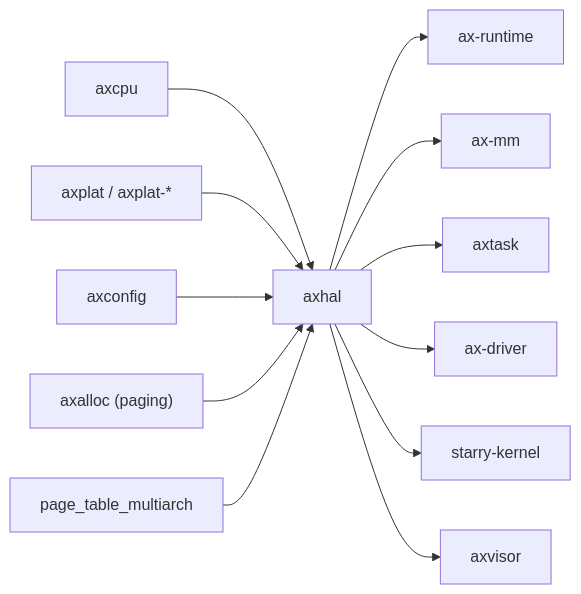
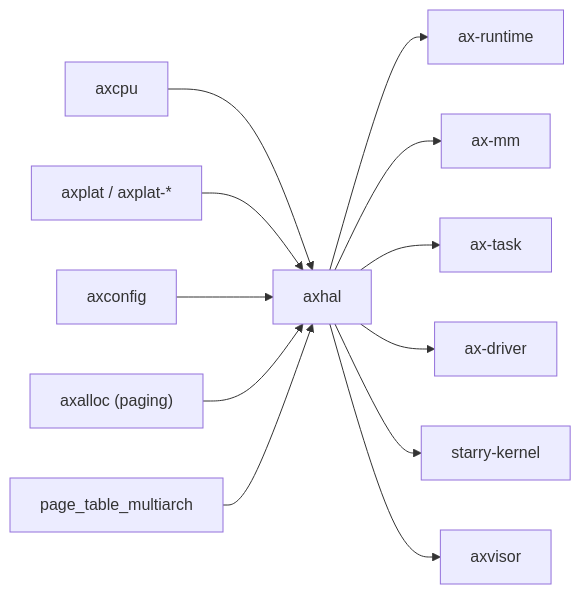
Before and after one commit to zKurisu/tgoskits: the second of 2 diagrams in docs/crates/axhal.md, drawn with Mermaid. The commit also changed other lines of this file and 133 other files, not shown here.

Commit message:
rename axtask to ax-task

````diff
--- a/docs/crates/axhal.md
+++ b/docs/crates/axhal.md
@@ -116,15 +116,15 @@
 ```mermaid
 graph LR
     axcpu["axcpu"] --> axhal["axhal"]
     axplat["axplat / axplat-*"] --> axhal
     axconfig["axconfig"] --> axhal
     axalloc["axalloc (paging)"] --> axhal
     page_table["page_table_multiarch"] --> axhal
 
     axhal --> ax-runtime["ax-runtime"]
     axhal --> ax-mm["ax-mm"]
-    axhal --> axtask["axtask"]
+    axhal --> ax-task["ax-task"]
     axhal --> ax-driver["ax-driver"]
     axhal --> starry["starry-kernel"]
     axhal --> axvisor["axvisor"]
 ```
````
